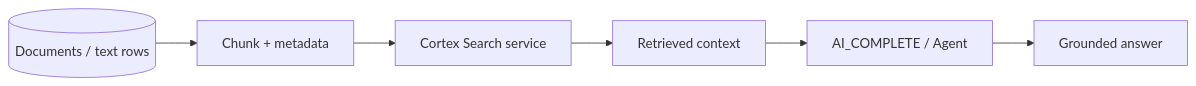
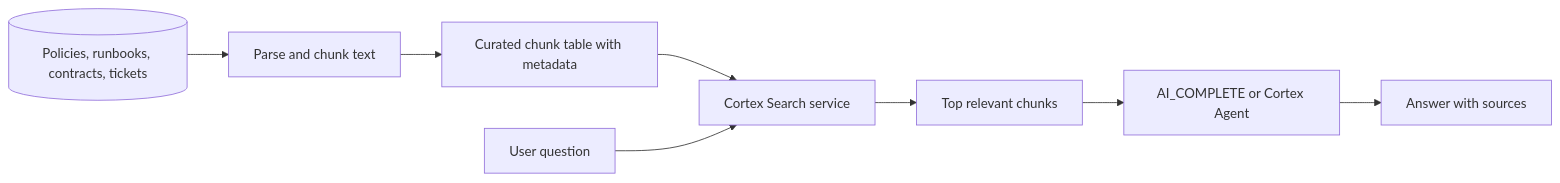
One commit to shonningsoy/Upskill changed the diagram in 01 Snowflake/05 Advanced Analytics and AI/37 Cortex Search and RAG.md. Above: the diagram before and after it, drawn with Mermaid. The commit also changed other lines of this file and 1 other file, not shown here.

Commit message:
Expand Cortex Search and RAG note

````diff
--- a/01 Snowflake/05 Advanced Analytics and AI/37 Cortex Search and RAG.md
+++ b/01 Snowflake/05 Advanced Analytics and AI/37 Cortex Search and RAG.md
@@ -59,8 +68,10 @@
 ```mermaid
 flowchart LR
-    DOCS[(Documents / text rows)] --> CHUNK[Chunk + metadata]
-    CHUNK --> SEARCH[Cortex Search service]
-    SEARCH --> CTX[Retrieved context]
-    CTX --> LLM[AI_COMPLETE / Agent]
-    LLM --> ANSWER[Grounded answer]
+    DOCS[(Policies, runbooks, contracts, tickets)] --> PARSE[Parse and chunk text]
+    PARSE --> TABLE[Curated chunk table with metadata]
+    TABLE --> SEARCH[Cortex Search service]
+    USER[User question] --> SEARCH
+    SEARCH --> CTX[Top relevant chunks]
+    CTX --> LLM[AI_COMPLETE or Cortex Agent]
+    LLM --> ANSWER[Answer with sources]
 ```
````
